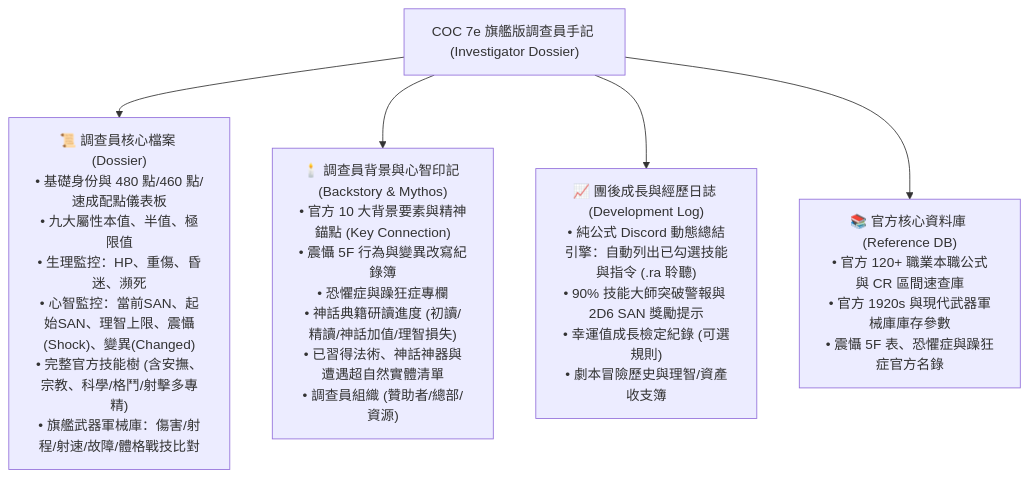
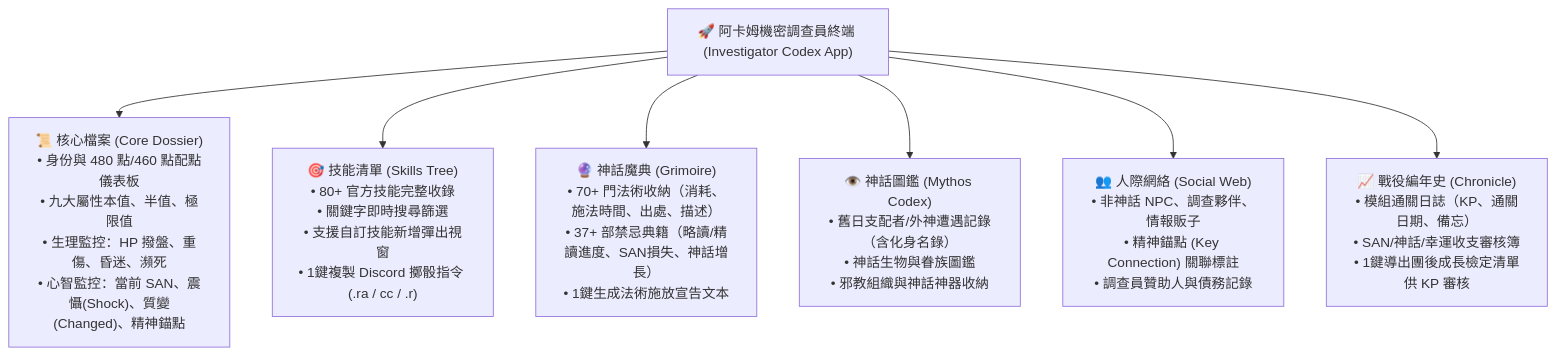
Before and after one commit to Dancraft3746/COC7e-Investigator: the diagram in COC7e_CHARACTER_SHEET_RULES_SPECIFICATION.md, drawn with Mermaid. The commit also changed other lines of this file and 9 other files, not shown here.

Commit message:
refactor: focus exclusively on Web App terminal and remove legacy spreadsheet artifacts

````diff
--- a/COC7e_CHARACTER_SHEET_RULES_SPECIFICATION.md
+++ b/COC7e_CHARACTER_SHEET_RULES_SPECIFICATION.md
@@ -287,12 +187,16 @@
 ```mermaid
 graph TD
-    Workbook["COC 7e 旗艦版調查員手記 (Investigator Dossier)"]
+    App["🚀 阿卡姆機密調查員終端 (Investigator Codex App)"]
     
-    Workbook --> Tab1["📜 調查員核心檔案 (Dossier)<br/>• 基礎身份與 480 點/460 點/速成配點儀表板<br/>• 九大屬性本值、半值、極限值<br/>• 生理監控：HP、重傷、昏迷、瀕死<br/>• 心智監控：當前SAN、起始SAN、理智上限、震懾(Shock)、變異(Changed)<br/>• 完整官方技能樹 (含安撫、宗教、科學/格鬥/射擊多專精)<br/>• 旗艦武器軍械庫：傷害/射程/射速/故障/體格戰技比對"]
+    App --> Tab1["📜 核心檔案 (Core Dossier)<br/>• 身份與 480 點/460 點配點儀表板<br/>• 九大屬性本值、半值、極限值<br/>• 生理監控：HP 撥盤、重傷、昏迷、瀕死<br/>• 心智監控：當前 SAN、震懾(Shock)、質變(Changed)、精神錨點"]
     
-    Workbook --> Tab2["🕯️ 調查員背景與心智印記 (Backstory & Mythos)<br/>• 官方 10 大背景要素與精神錨點 (Key Connection)<br/>• 震懾 5F 行為與變異改寫紀錄簿<br/>• 恐懼症與躁狂症專欄<br/>• 神話典籍研讀進度 (初讀/精讀/神話加值/理智損失)<br/>• 已習得法術、神話神器與遭遇超自然實體清單<br/>• 調查員組織 (贊助者/總部/資源)"]
+    App --> Tab2["🎯 技能清單 (Skills Tree)<br/>• 80+ 官方技能完整收錄<br/>• 關鍵字即時搜尋篩選<br/>• 支援自訂技能新增彈出視窗<br/>• 1鍵複製 Discord 擲骰指令 (.ra / cc / .r)"]
     
-    Workbook --> Tab3["📈 團後成長與經歷日誌 (Development Log)<br/>• 純公式 Discord 動態總結引擎：自動列出已勾選技能與指令 (.ra 聆聽)<br/>• 90% 技能大師突破警報與 2D6 SAN 獎勵提示<br/>• 幸運值成長檢定紀錄 (可選規則)<br/>• 劇本冒險歷史與理智/資產收支簿"]
+    App --> Tab3["🔮 神話魔典 (Grimoire)<br/>• 70+ 門法術收納（消耗、施法時間、出處、描述）<br/>• 37+ 部禁忌典籍（略讀/精讀進度、SAN損失、神話增長）<br/>• 1鍵生成法術施放宣告文本"]
     
-    Workbook --> Tab4["📚 官方核心資料庫 (Reference DB)<br/>• 官方 120+ 職業本職公式與 CR 區間速查庫<br/>• 官方 1920s 與現代武器軍械庫庫存參數<br/>• 震懾 5F 表、恐懼症與躁狂症官方名錄"]
+    App --> Tab4["👁️ 神話圖鑑 (Mythos Codex)<br/>• 舊日支配者/外神遭遇記錄（含化身名錄）<br/>• 神話生物與眷族圖鑑<br/>• 邪教組織與神話神器收納"]
+    
+    App --> Tab5["👥 人際網絡 (Social Web)<br/>• 非神話 NPC、調查夥伴、情報販子<br/>• 精神錨點 (Key Connection) 關聯標註<br/>• 調查員贊助人與債務記錄"]
+    
+    App --> Tab6["📈 戰役編年史 (Chronicle)<br/>• 模組通關日誌（KP、通關日期、備忘）<br/>• SAN/神話/幸運收支審核簿<br/>• 1鍵導出團後成長檢定清單供 KP 審核"]
 ```
````
